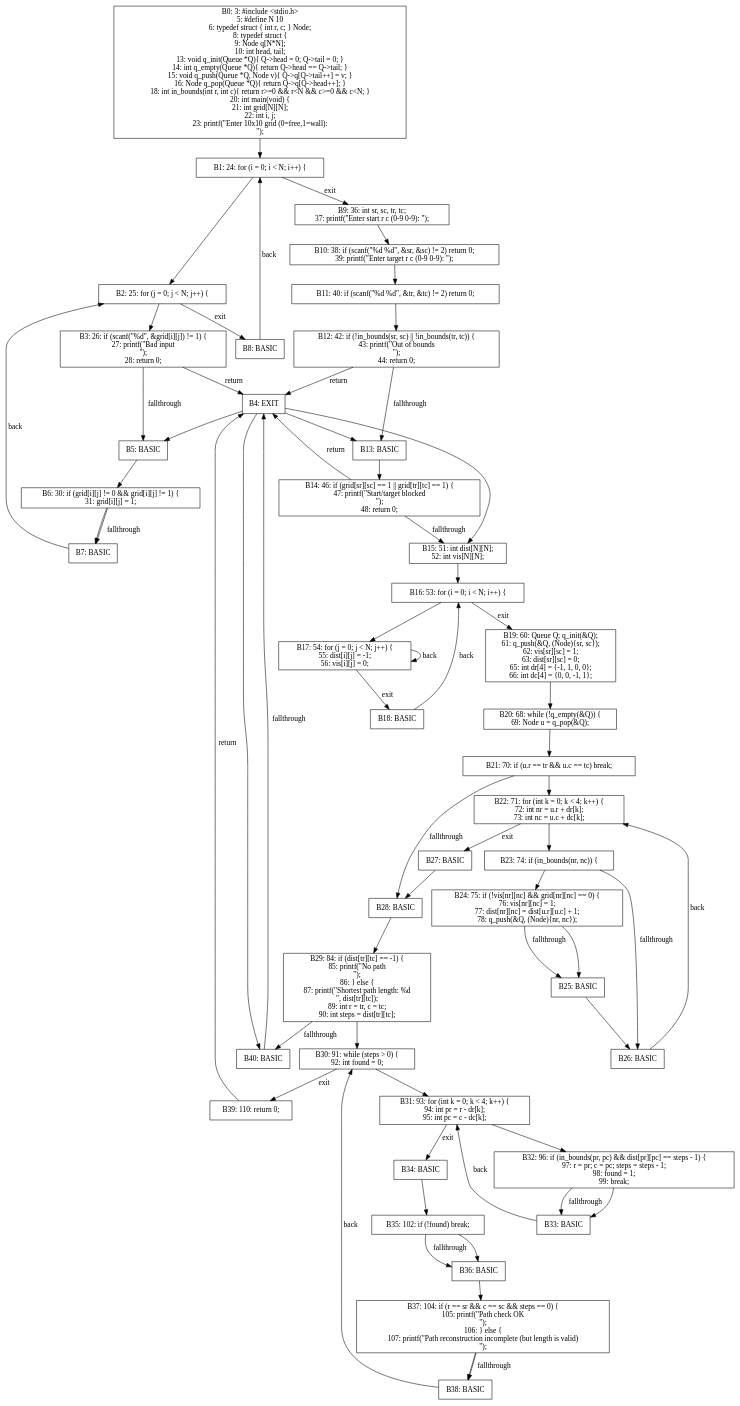
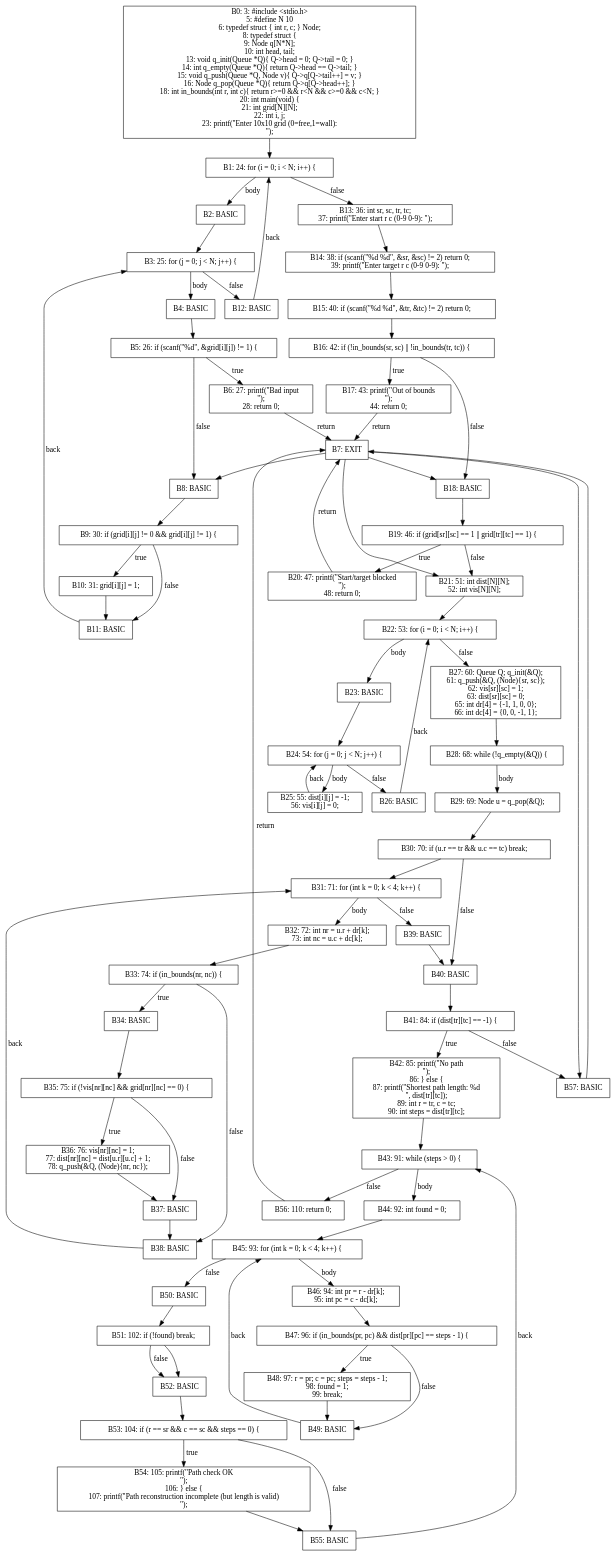
The diagram in prog3_grid_bfs.dot (SurriyaGokul/stt_lab_7), drawn with Graphviz before and after one commit. The commit also changed 10 other files, not shown here.

```diff
--- a/prog3_grid_bfs.dot
+++ b/prog3_grid_bfs.dot
@@ -1,106 +1,140 @@
 digraph CFG {
   node [shape=box];
   B0 [label="B0: 3: #include <stdio.h>\n5: #define N 10\n6: typedef struct { int r, c; } Node;\n8: typedef struct {\n9: Node q[N*N];\n10: int head, tail;\n13: void q_init(Queue *Q){ Q->head = 0; Q->tail = 0; }\n14: int q_empty(Queue *Q){ return Q->head == Q->tail; }\n15: void q_push(Queue *Q, Node v){ Q->q[Q->tail++] = v; }\n16: Node q_pop(Queue *Q){ return Q->q[Q->head++]; }\n18: int in_bounds(int r, int c){ return r>=0 && r<N && c>=0 && c<N; }\n20: int main(void) {\n21: int grid[N][N];\n22: int i, j;\n23: printf(\"Enter 10x10 grid (0=free,1=wall):\n\");"];
   B1 [label="B1: 24: for (i = 0; i < N; i++) {"];
-  B2 [label="B2: 25: for (j = 0; j < N; j++) {"];
-  B3 [label="B3: 26: if (scanf(\"%d\", &grid[i][j]) != 1) {\n27: printf(\"Bad input\n\");\n28: return 0;"];
-  B4 [label="B4: EXIT"];
-  B5 [label="B5: BASIC"];
-  B6 [label="B6: 30: if (grid[i][j] != 0 && grid[i][j] != 1) {\n31: grid[i][j] = 1;"];
-  B7 [label="B7: BASIC"];
+  B2 [label="B2: BASIC"];
+  B3 [label="B3: 25: for (j = 0; j < N; j++) {"];
+  B4 [label="B4: BASIC"];
+  B5 [label="B5: 26: if (scanf(\"%d\", &grid[i][j]) != 1) {"];
+  B6 [label="B6: 27: printf(\"Bad input\n\");\n28: return 0;"];
+  B7 [label="B7: EXIT"];
   B8 [label="B8: BASIC"];
-  B9 [label="B9: 36: int sr, sc, tr, tc;\n37: printf(\"Enter start r c (0-9 0-9): \");"];
-  B10 [label="B10: 38: if (scanf(\"%d %d\", &sr, &sc) != 2) return 0;\n39: printf(\"Enter target r c (0-9 0-9): \");"];
-  B11 [label="B11: 40: if (scanf(\"%d %d\", &tr, &tc) != 2) return 0;"];
-  B12 [label="B12: 42: if (!in_bounds(sr, sc) || !in_bounds(tr, tc)) {\n43: printf(\"Out of bounds\n\");\n44: return 0;"];
-  B13 [label="B13: BASIC"];
-  B14 [label="B14: 46: if (grid[sr][sc] == 1 || grid[tr][tc] == 1) {\n47: printf(\"Start/target blocked\n\");\n48: return 0;"];
-  B15 [label="B15: 51: int dist[N][N];\n52: int vis[N][N];"];
-  B16 [label="B16: 53: for (i = 0; i < N; i++) {"];
-  B17 [label="B17: 54: for (j = 0; j < N; j++) {\n55: dist[i][j] = -1;\n56: vis[i][j] = 0;"];
+  B9 [label="B9: 30: if (grid[i][j] != 0 && grid[i][j] != 1) {"];
+  B10 [label="B10: 31: grid[i][j] = 1;"];
+  B11 [label="B11: BASIC"];
+  B12 [label="B12: BASIC"];
+  B13 [label="B13: 36: int sr, sc, tr, tc;\n37: printf(\"Enter start r c (0-9 0-9): \");"];
+  B14 [label="B14: 38: if (scanf(\"%d %d\", &sr, &sc) != 2) return 0;\n39: printf(\"Enter target r c (0-9 0-9): \");"];
+  B15 [label="B15: 40: if (scanf(\"%d %d\", &tr, &tc) != 2) return 0;"];
+  B16 [label="B16: 42: if (!in_bounds(sr, sc) || !in_bounds(tr, tc)) {"];
+  B17 [label="B17: 43: printf(\"Out of bounds\n\");\n44: return 0;"];
   B18 [label="B18: BASIC"];
-  B19 [label="B19: 60: Queue Q; q_init(&Q);\n61: q_push(&Q, (Node){sr, sc});\n62: vis[sr][sc] = 1;\n63: dist[sr][sc] = 0;\n65: int dr[4] = {-1, 1, 0, 0};\n66: int dc[4] = {0, 0, -1, 1};"];
-  B20 [label="B20: 68: while (!q_empty(&Q)) {\n69: Node u = q_pop(&Q);"];
-  B21 [label="B21: 70: if (u.r == tr && u.c == tc) break;"];
-  B22 [label="B22: 71: for (int k = 0; k < 4; k++) {\n72: int nr = u.r + dr[k];\n73: int nc = u.c + dc[k];"];
-  B23 [label="B23: 74: if (in_bounds(nr, nc)) {"];
-  B24 [label="B24: 75: if (!vis[nr][nc] && grid[nr][nc] == 0) {\n76: vis[nr][nc] = 1;\n77: dist[nr][nc] = dist[u.r][u.c] + 1;\n78: q_push(&Q, (Node){nr, nc});"];
-  B25 [label="B25: BASIC"];
+  B19 [label="B19: 46: if (grid[sr][sc] == 1 || grid[tr][tc] == 1) {"];
+  B20 [label="B20: 47: printf(\"Start/target blocked\n\");\n48: return 0;"];
+  B21 [label="B21: 51: int dist[N][N];\n52: int vis[N][N];"];
+  B22 [label="B22: 53: for (i = 0; i < N; i++) {"];
+  B23 [label="B23: BASIC"];
+  B24 [label="B24: 54: for (j = 0; j < N; j++) {"];
+  B25 [label="B25: 55: dist[i][j] = -1;\n56: vis[i][j] = 0;"];
   B26 [label="B26: BASIC"];
-  B27 [label="B27: BASIC"];
-  B28 [label="B28: BASIC"];
-  B29 [label="B29: 84: if (dist[tr][tc] == -1) {\n85: printf(\"No path\n\");\n86: } else {\n87: printf(\"Shortest path length: %d\n\", dist[tr][tc]);\n89: int r = tr, c = tc;\n90: int steps = dist[tr][tc];"];
-  B30 [label="B30: 91: while (steps > 0) {\n92: int found = 0;"];
-  B31 [label="B31: 93: for (int k = 0; k < 4; k++) {\n94: int pr = r - dr[k];\n95: int pc = c - dc[k];"];
-  B32 [label="B32: 96: if (in_bounds(pr, pc) && dist[pr][pc] == steps - 1) {\n97: r = pr; c = pc; steps = steps - 1;\n98: found = 1;\n99: break;"];
-  B33 [label="B33: BASIC"];
+  B27 [label="B27: 60: Queue Q; q_init(&Q);\n61: q_push(&Q, (Node){sr, sc});\n62: vis[sr][sc] = 1;\n63: dist[sr][sc] = 0;\n65: int dr[4] = {-1, 1, 0, 0};\n66: int dc[4] = {0, 0, -1, 1};"];
+  B28 [label="B28: 68: while (!q_empty(&Q)) {"];
+  B29 [label="B29: 69: Node u = q_pop(&Q);"];
+  B30 [label="B30: 70: if (u.r == tr && u.c == tc) break;"];
+  B31 [label="B31: 71: for (int k = 0; k < 4; k++) {"];
+  B32 [label="B32: 72: int nr = u.r + dr[k];\n73: int nc = u.c + dc[k];"];
+  B33 [label="B33: 74: if (in_bounds(nr, nc)) {"];
   B34 [label="B34: BASIC"];
-  B35 [label="B35: 102: if (!found) break;"];
-  B36 [label="B36: BASIC"];
-  B37 [label="B37: 104: if (r == sr && c == sc && steps == 0) {\n105: printf(\"Path check OK\n\");\n106: } else {\n107: printf(\"Path reconstruction incomplete (but length is valid)\n\");"];
+  B35 [label="B35: 75: if (!vis[nr][nc] && grid[nr][nc] == 0) {"];
+  B36 [label="B36: 76: vis[nr][nc] = 1;\n77: dist[nr][nc] = dist[u.r][u.c] + 1;\n78: q_push(&Q, (Node){nr, nc});"];
+  B37 [label="B37: BASIC"];
   B38 [label="B38: BASIC"];
-  B39 [label="B39: 110: return 0;"];
+  B39 [label="B39: BASIC"];
   B40 [label="B40: BASIC"];
+  B41 [label="B41: 84: if (dist[tr][tc] == -1) {"];
+  B42 [label="B42: 85: printf(\"No path\n\");\n86: } else {\n87: printf(\"Shortest path length: %d\n\", dist[tr][tc]);\n89: int r = tr, c = tc;\n90: int steps = dist[tr][tc];"];
+  B43 [label="B43: 91: while (steps > 0) {"];
+  B44 [label="B44: 92: int found = 0;"];
+  B45 [label="B45: 93: for (int k = 0; k < 4; k++) {"];
+  B46 [label="B46: 94: int pr = r - dr[k];\n95: int pc = c - dc[k];"];
+  B47 [label="B47: 96: if (in_bounds(pr, pc) && dist[pr][pc] == steps - 1) {"];
+  B48 [label="B48: 97: r = pr; c = pc; steps = steps - 1;\n98: found = 1;\n99: break;"];
+  B49 [label="B49: BASIC"];
+  B50 [label="B50: BASIC"];
+  B51 [label="B51: 102: if (!found) break;"];
+  B52 [label="B52: BASIC"];
+  B53 [label="B53: 104: if (r == sr && c == sc && steps == 0) {"];
+  B54 [label="B54: 105: printf(\"Path check OK\n\");\n106: } else {\n107: printf(\"Path reconstruction incomplete (but length is valid)\n\");"];
+  B55 [label="B55: BASIC"];
+  B56 [label="B56: 110: return 0;"];
+  B57 [label="B57: BASIC"];
   B0 -> B1;
-  B1 -> B2;
+  B1 -> B2 [label="body"];
   B2 -> B3;
-  B3 -> B4 [label="return"];
-  B3 -> B5 [label="fallthrough"];
+  B3 -> B4 [label="body"];
   B4 -> B5;
-  B5 -> B6;
-  B6 -> B7 [label="fallthrough"];
-  B6 -> B7;
-  B7 -> B2 [label="back"];
-  B2 -> B8 [label="exit"];
-  B8 -> B1 [label="back"];
-  B1 -> B9 [label="exit"];
-  B9 -> B10;
+  B5 -> B6 [label="true"];
+  B6 -> B7 [label="return"];
+  B7 -> B8;
+  B5 -> B8 [label="false"];
+  B8 -> B9;
+  B9 -> B10 [label="true"];
   B10 -> B11;
-  B11 -> B12;
-  B12 -> B4 [label="return"];
-  B12 -> B13 [label="fallthrough"];
-  B4 -> B13;
+  B9 -> B11 [label="false"];
+  B11 -> B3 [label="back"];
+  B3 -> B12 [label="false"];
+  B12 -> B1 [label="back"];
+  B1 -> B13 [label="false"];
   B13 -> B14;
-  B14 -> B4 [label="return"];
-  B14 -> B15 [label="fallthrough"];
-  B4 -> B15;
+  B14 -> B15;
   B15 -> B16;
-  B16 -> B17;
-  B17 -> B17 [label="back"];
-  B17 -> B18 [label="exit"];
-  B18 -> B16 [label="back"];
-  B16 -> B19 [label="exit"];
-  B19 -> B20;
-  B20 -> B21;
+  B16 -> B17 [label="true"];
+  B17 -> B7 [label="return"];
+  B7 -> B18;
+  B16 -> B18 [label="false"];
+  B18 -> B19;
+  B19 -> B20 [label="true"];
+  B20 -> B7 [label="return"];
+  B7 -> B21;
+  B19 -> B21 [label="false"];
   B21 -> B22;
-  B22 -> B23;
+  B22 -> B23 [label="body"];
   B23 -> B24;
-  B24 -> B25 [label="fallthrough"];
-  B24 -> B25;
-  B23 -> B26 [label="fallthrough"];
-  B25 -> B26;
+  B24 -> B25 [label="body"];
+  B25 -> B24 [label="back"];
+  B24 -> B26 [label="false"];
   B26 -> B22 [label="back"];
-  B22 -> B27 [label="exit"];
-  B21 -> B28 [label="fallthrough"];
+  B22 -> B27 [label="false"];
   B27 -> B28;
-  B28 -> B29;
+  B28 -> B29 [label="body"];
   B29 -> B30;
   B30 -> B31;
-  B31 -> B32;
-  B32 -> B33 [label="fallthrough"];
+  B31 -> B32 [label="body"];
   B32 -> B33;
-  B33 -> B31 [label="back"];
-  B31 -> B34 [label="exit"];
+  B33 -> B34 [label="true"];
   B34 -> B35;
-  B35 -> B36 [label="fallthrough"];
-  B35 -> B36;
+  B35 -> B36 [label="true"];
   B36 -> B37;
-  B37 -> B38 [label="fallthrough"];
+  B35 -> B37 [label="false"];
   B37 -> B38;
-  B38 -> B30 [label="back"];
-  B30 -> B39 [label="exit"];
-  B39 -> B4 [label="return"];
-  B29 -> B40 [label="fallthrough"];
-  B4 -> B40;
-  B40 -> B4 [label="fallthrough"];
+  B33 -> B38 [label="false"];
+  B38 -> B31 [label="back"];
+  B31 -> B39 [label="false"];
+  B39 -> B40;
+  B30 -> B40 [label="false"];
+  B40 -> B41;
+  B41 -> B42 [label="true"];
+  B42 -> B43;
+  B43 -> B44 [label="body"];
+  B44 -> B45;
+  B45 -> B46 [label="body"];
+  B46 -> B47;
+  B47 -> B48 [label="true"];
+  B48 -> B49;
+  B47 -> B49 [label="false"];
+  B49 -> B45 [label="back"];
+  B45 -> B50 [label="false"];
+  B50 -> B51;
+  B51 -> B52;
+  B51 -> B52 [label="false"];
+  B52 -> B53;
+  B53 -> B54 [label="true"];
+  B54 -> B55;
+  B53 -> B55 [label="false"];
+  B55 -> B43 [label="back"];
+  B43 -> B56 [label="false"];
+  B56 -> B7 [label="return"];
+  B7 -> B57;
+  B41 -> B57 [label="false"];
+  B57 -> B7;
 }
```
